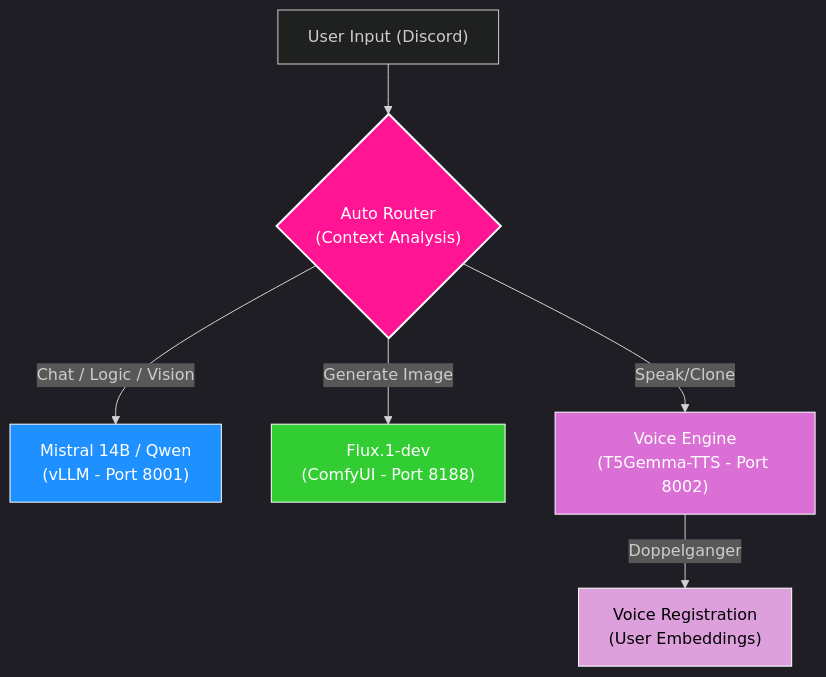
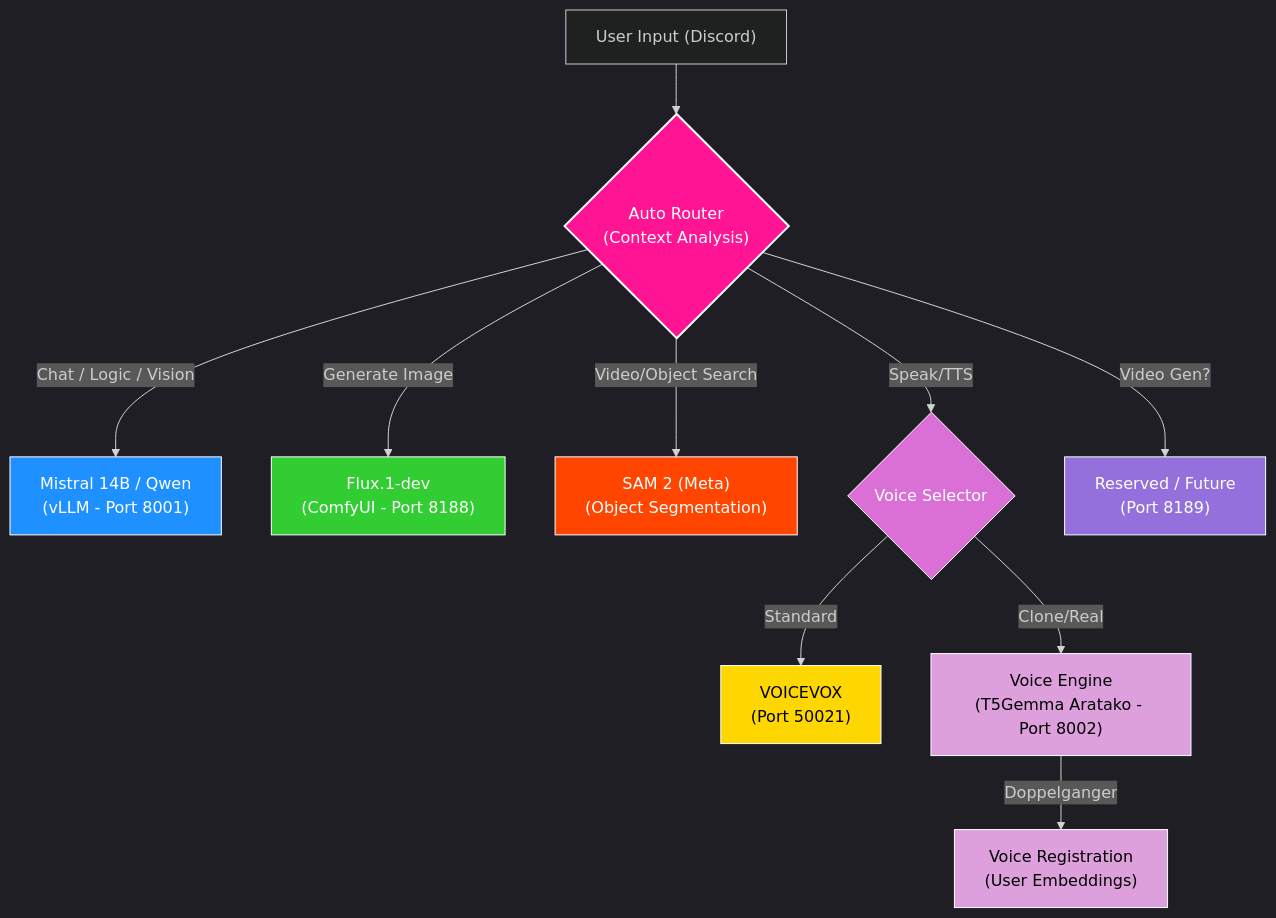
Before and after one commit to YoneRai12/YonerAI: the diagram in README.md, drawn with Mermaid. The commit also changed other lines of this file, not shown here.

Commit message:
docs: Restored full README detail (Architecture Tables & Training System) + New Features

````diff
--- a/README.md
+++ b/README.md
@@ -60,22 +61,31 @@
 ```mermaid
 %%{init: { 'theme': 'dark' }}%%
 graph TD
     User["User Input (Discord)"] --> Router{"Auto Router<br>(Context Analysis)"}
 
-    %% Main Brain (vLLM)
+    %% Routing Logic
     Router -- "Chat / Logic / Vision" --> LLM["Mistral 14B / Qwen<br>(vLLM - Port 8001)"]
+    Router -- "Generate Image" --> ImageGen["Flux.1-dev<br>(ComfyUI - Port 8188)"]
+    Router -- "Video/Object Search" --> SAM2["SAM 2 (Meta)<br>(Object Segmentation)"]
+    
+    %% Voice Path (Dual Engine)
+    Router -- "Speak/TTS" --> VoiceRouter{"Voice Selector"}
+    VoiceRouter -- "Standard" --> VV["VOICEVOX<br>(Port 50021)"]
+    VoiceRouter -- "Clone/Real" --> VoiceSvc["Voice Engine<br>(T5Gemma Aratako - Port 8002)"]
+    
+    VoiceSvc -- "Doppelganger" --> Cloning["Voice Registration<br>(User Embeddings)"]
 
-    %% Creative Tools
-    Router -- "Generate Image" --> ImageGen["Flux.1-dev<br>(ComfyUI - Port 8188)"]
-    
-    %% Voice Service (Separate Process)
-    Router -- "Speak/Clone" --> VoiceSvc["Voice Engine<br>(T5Gemma-TTS - Port 8002)"]
-    VoiceSvc -- "Doppelganger" --> Cloning["Voice Registration<br>(User Embeddings)"]
+    %% Future/Reserved
+    Router -- "Video Gen?" --> VideoGen["Reserved / Future<br>(Port 8189)"]
 
     %% Styling for better dark mode readability
     style Router fill:#ff1493,stroke:#ffffff,stroke-width:2px,color:#ffffff
     style LLM fill:#1e90ff,stroke:#ffffff,stroke-width:1px,color:#ffffff
     style ImageGen fill:#32cd32,stroke:#ffffff,stroke-width:1px,color:#ffffff
-    style VoiceSvc fill:#da70d6,stroke:#ffffff,stroke-width:1px,color:#ffffff
+    style SAM2 fill:#ff4500,stroke:#ffffff,stroke-width:1px,color:#ffffff
+    style VoiceRouter fill:#da70d6,stroke:#ffffff,stroke-width:1px,color:#ffffff
+    style VV fill:#ffd700,stroke:#ffffff,stroke-width:1px,color:#000000
+    style VoiceSvc fill:#dda0dd,stroke:#ffffff,stroke-width:1px,color:#000000
     style Cloning fill:#dda0dd,stroke:#ffffff,stroke-width:1px,color:#000000
+    style VideoGen fill:#9370db,stroke:#ffffff,stroke-width:1px,color:#ffffff
 ```
````
